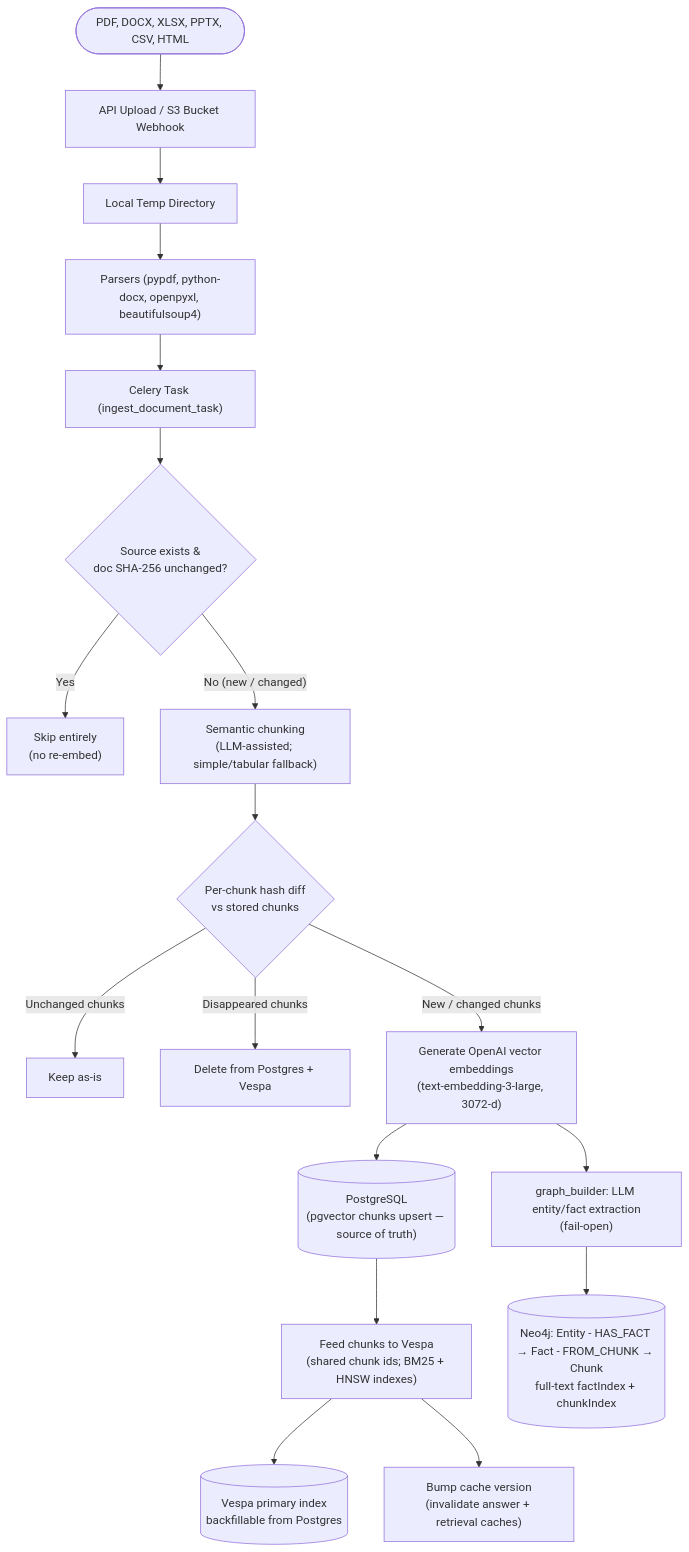
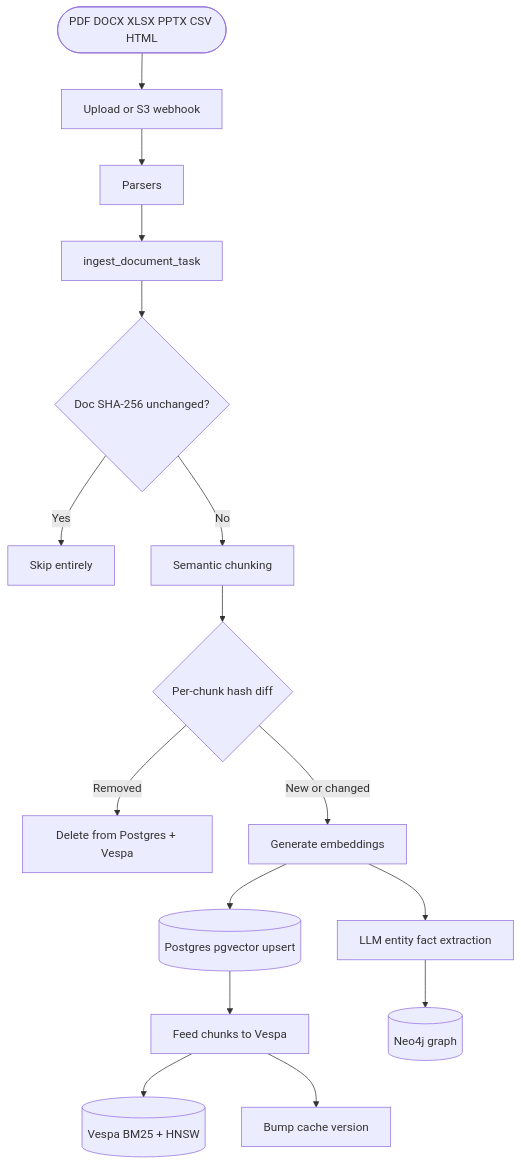
Before and after one commit to Novatech240/Agentic_RAG_backend: the seventh of 8 diagrams in README.md, drawn with Mermaid. The commit also changed other lines of this file, not shown here.

````diff
--- a/README.md
+++ b/README.md
@@ -237,23 +299,18 @@
 ```mermaid
-graph TD
-    Doc([PDF, DOCX, XLSX, PPTX, CSV, HTML]) --> Upload["API Upload / S3 Bucket Webhook"]
-    Upload --> Temp["Local Temp Directory"]
-    Temp --> Parse["Parsers (pypdf, python-docx, openpyxl, beautifulsoup4)"]
-    Parse --> CeleryTask["Celery Task (ingest_document_task)"]
-
-    CeleryTask --> DocHash{"Source exists &<br/>doc SHA-256 unchanged?"}
-    DocHash -->|Yes| Skip["Skip entirely<br/>(no re-embed)"]
-    DocHash -->|"No (new / changed)"| Chunk["Semantic chunking<br/>(LLM-assisted; simple/tabular fallback)"]
-
-    Chunk --> Diff{"Per-chunk hash diff<br/>vs stored chunks"}
-    Diff -->|Unchanged chunks| Keep["Keep as-is"]
-    Diff -->|Disappeared chunks| Del["Delete from Postgres + Vespa"]
-    Diff -->|New / changed chunks| Embed["Generate OpenAI vector embeddings<br/>(text-embedding-3-large, 3072-d)"]
-
-    Embed --> Postgres[("PostgreSQL<br/>(pgvector chunks upsert — source of truth)")]
-    Postgres --> Feed["Feed chunks to Vespa<br/>(shared chunk ids; BM25 + HNSW indexes)"]
-    Feed --> VespaIdx[("Vespa primary index<br/>backfillable from Postgres")]
-    Embed --> GraphBuild["graph_builder: LLM entity/fact extraction<br/>(fail-open)"]
-    GraphBuild --> Neo4jOut[("Neo4j: Entity - HAS_FACT → Fact - FROM_CHUNK → Chunk<br/>full-text factIndex + chunkIndex")]
-    Feed --> Bump["Bump cache version<br/>(invalidate answer + retrieval caches)"]
+flowchart TD
+    DOC([PDF DOCX XLSX PPTX CSV HTML]) --> UPLOAD[Upload or S3 webhook]
+    UPLOAD --> PARSE[Parsers]
+    PARSE --> TASK[ingest_document_task]
+    TASK --> DHASH{"Doc SHA-256 unchanged?"}
+    DHASH -->|Yes| SKIP[Skip entirely]
+    DHASH -->|No| CHUNK[Semantic chunking]
+    CHUNK --> DIFF{Per-chunk hash diff}
+    DIFF -->|Removed| DEL[Delete from Postgres + Vespa]
+    DIFF -->|New or changed| EMB[Generate embeddings]
+    EMB --> PG[(Postgres pgvector upsert)]
+    PG --> FEED[Feed chunks to Vespa]
+    FEED --> VES[(Vespa BM25 + HNSW)]
+    EMB --> GRAPH[LLM entity fact extraction]
+    GRAPH --> NEO[(Neo4j graph)]
+    FEED --> BUMP[Bump cache version]
 ```
````
